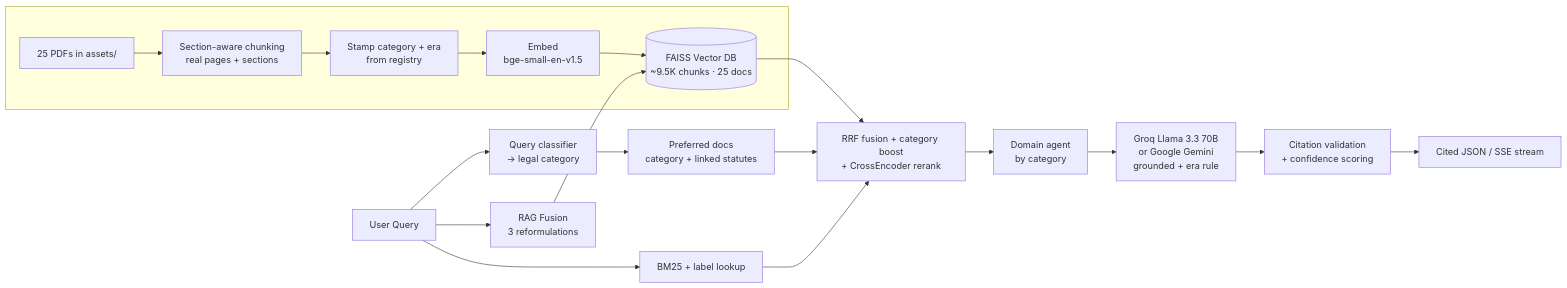
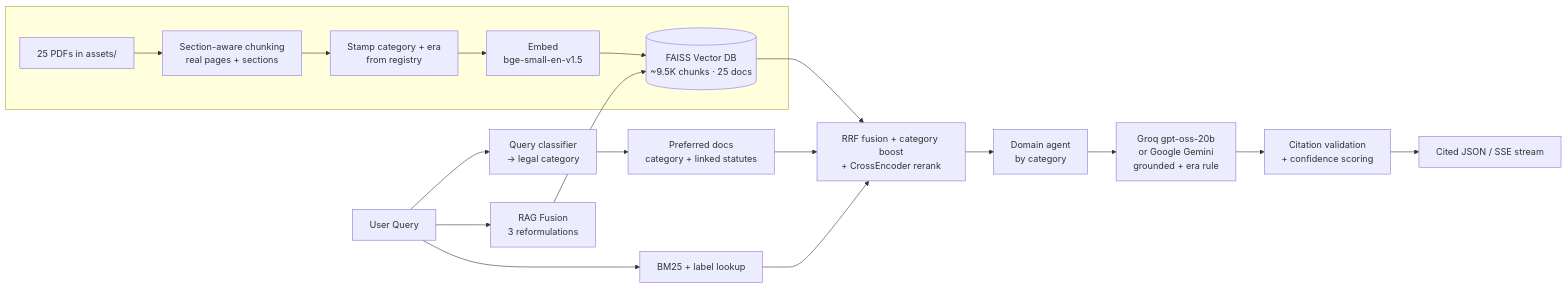
The diagram in README.md (itsDigvijaysing/Indian-Law-AI-Portal), drawn with Mermaid before and after one commit. The commit also changed other lines of this file and 2 other files, not shown here.

Commit message:
Major Change

````diff
--- a/README.md
+++ b/README.md
@@ -32,19 +32,19 @@
 ```mermaid
 flowchart LR
     Q[User Query] --> CLS[Query classifier<br/>→ legal category]
     CLS --> SCOPE[Preferred docs<br/>category + linked statutes]
     Q --> RF[RAG Fusion<br/>3 reformulations]
     RF --> VDB[(FAISS Vector DB<br/>~9.5K chunks · 25 docs)]
     Q --> BM[BM25 + label lookup]
     BM --> RRF[RRF fusion + category boost<br/>+ CrossEncoder rerank]
     VDB --> RRF
     SCOPE --> RRF
     RRF --> AR[Domain agent<br/>by category]
-    AR --> LLM[Groq Llama 3.3 70B<br/>or Google Gemini<br/>grounded + era rule]
+    AR --> LLM[Groq gpt-oss-20b<br/>or Google Gemini<br/>grounded + era rule]
     LLM --> V[Citation validation<br/>+ confidence scoring]
     V --> R[Cited JSON / SSE stream]
 
     subgraph Ingest[" "]
         P[25 PDFs in assets/] --> C[Section-aware chunking<br/>real pages + sections] --> M[Stamp category + era<br/>from registry] --> E[Embed<br/>bge-small-en-v1.5] --> VDB
     end
 ```
````
